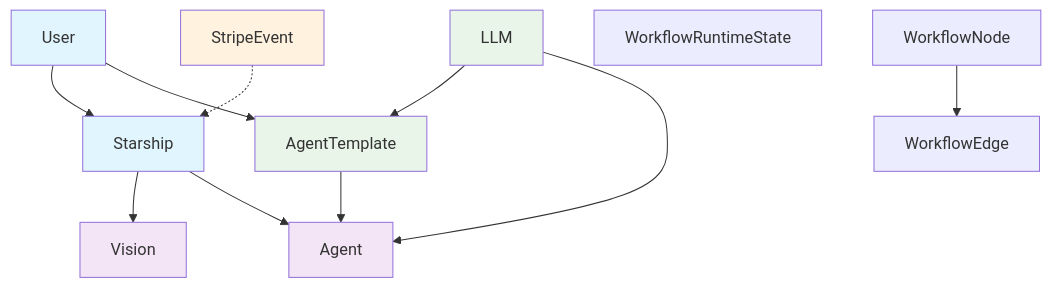
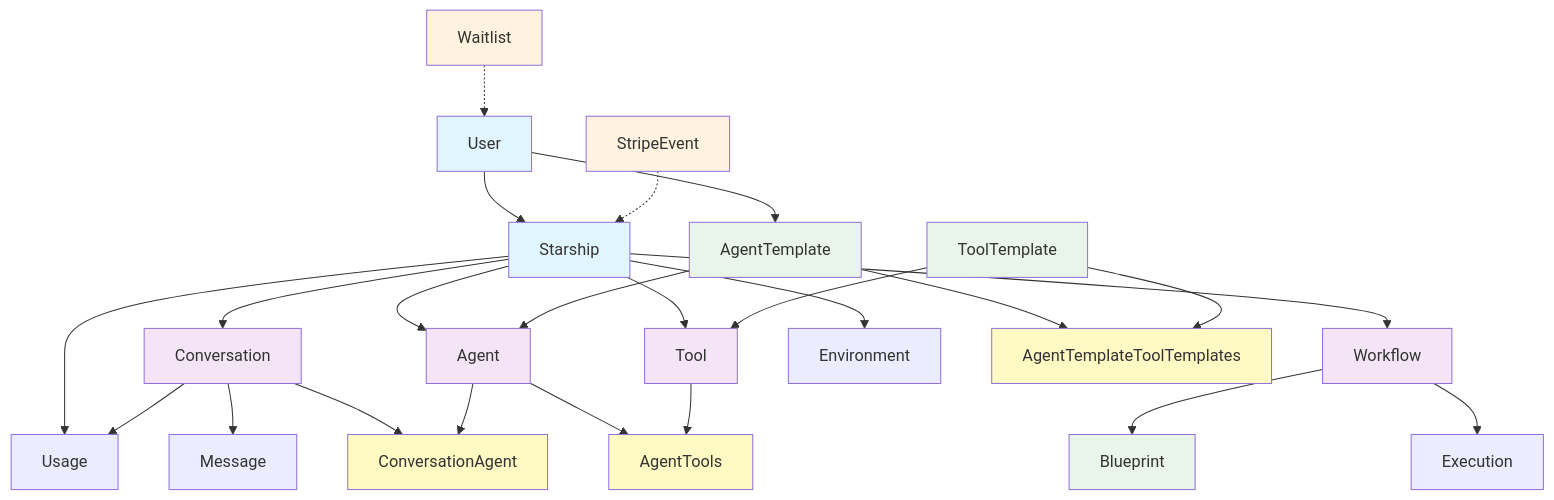
The second of 2 diagrams in docs/er-diagram.md (theingenuityco/starships.ai), drawn with Mermaid before and after one commit. The commit also changed other lines of this file and 2 other files, not shown here.

````diff
--- a/docs/er-diagram.md
+++ b/docs/er-diagram.md
@@ -175,32 +273,51 @@
 ```mermaid
 graph TD
     %% Core Entities
     U[User] --> S[Starship]
-    S --> V[Vision]
     S --> A[Agent]
+    S --> T[Tool]
+    S --> W[Workflow]
+    S --> C[Conversation]
+    S --> E[Environment]
 
-    %% Agent System
+    %% Template System
     U --> AT[AgentTemplate]
     AT --> A
-    L[LLM] --> AT
-    L --> A
+    TT[ToolTemplate] --> T
+
+    %% Conversation System
+    C --> M[Message]
+    C --> CA[ConversationAgent]
+    A --> CA
 
     %% Workflow System
-    WN[WorkflowNode] --> WE[WorkflowEdge]
-    WRS[WorkflowRuntimeState]
+    W --> EX[Execution]
+    W --> B[Blueprint]
 
-    %% Stripe Integration
+    %% Usage Tracking
+    S --> US[Usage]
+    C --> US
+
+    %% Junction Tables
+    A --> AGT[AgentTools]
+    T --> AGT
+    AT --> ATTT[AgentTemplateToolTemplates]
+    TT --> ATTT
+
+    %% Payment Integration
     SE[StripeEvent] -.-> S
+    WL[Waitlist] -.-> U
 
     %% Styling
     classDef primary fill:#e1f5fe
     classDef secondary fill:#f3e5f5
     classDef system fill:#e8f5e8
-    classDef security fill:#ffebee
+    classDef junction fill:#fff9c4
     classDef integration fill:#fff3e0
 
     class U,S primary
-    class A,V secondary
-    class L,AT system
-    class SE integration
+    class A,T,W,C secondary
+    class AT,TT,B system
+    class AGT,ATTT,CA junction
+    class SE,WL integration
 ```
````
